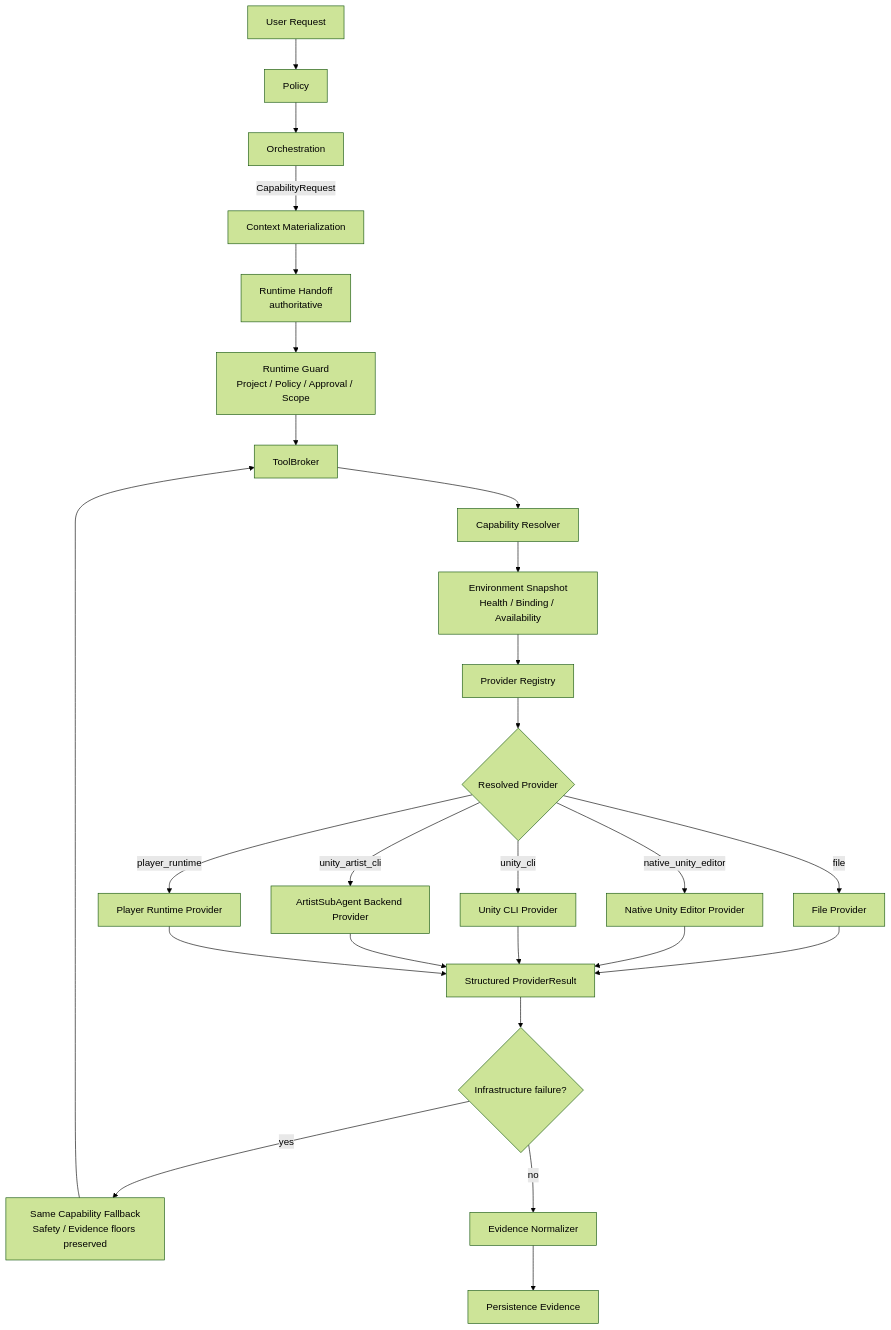
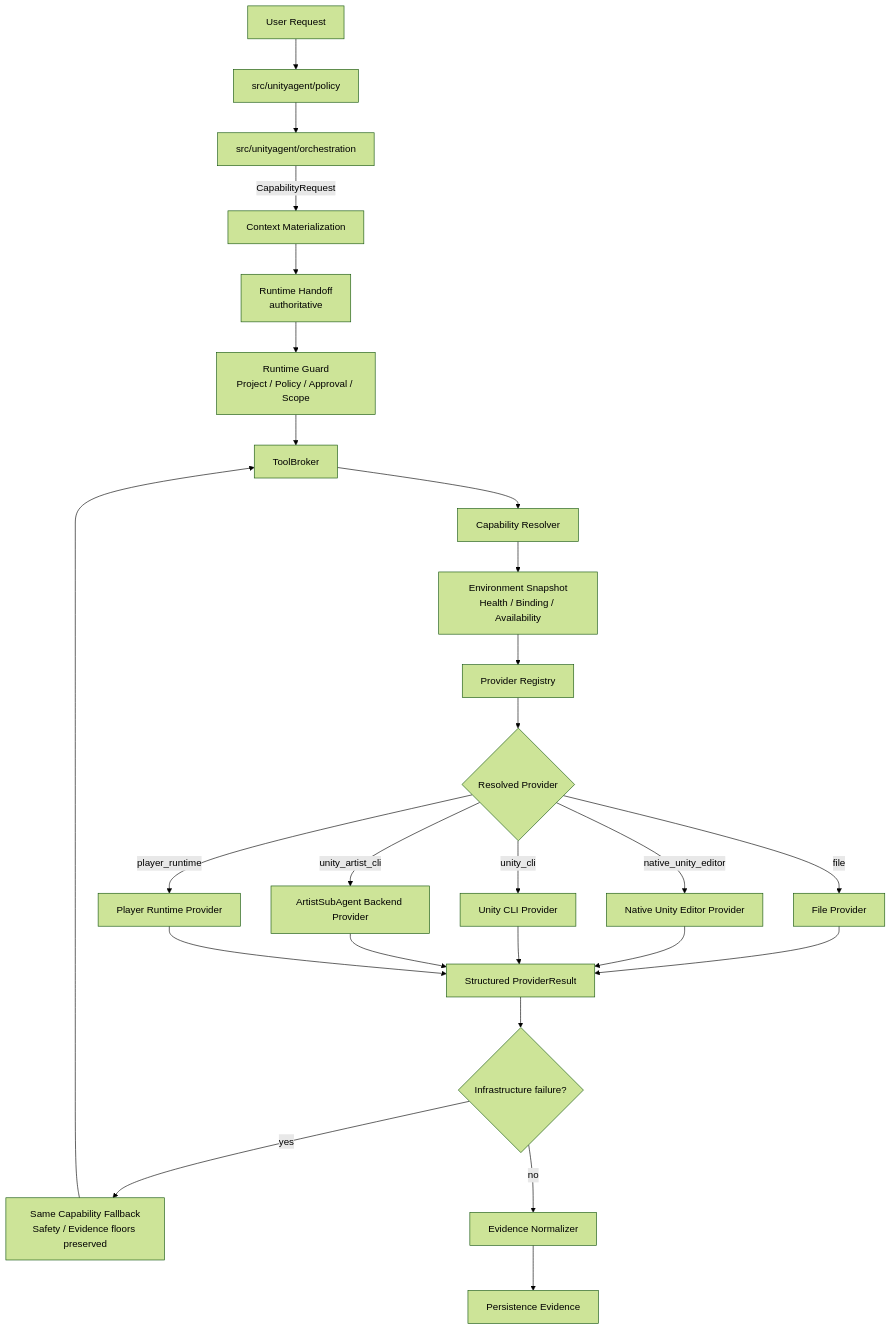
Before and after one commit to DarumaPPAP/UnityAgent: the first of 6 diagrams in docs/architecture/production-tool-runtime.md, drawn with Mermaid (forest theme). The commit also changed other lines of this file and 1025 other files, not shown here.

````diff
--- a/docs/architecture/production-tool-runtime.md
+++ b/docs/architecture/production-tool-runtime.md
@@ -44,32 +44,32 @@
 ```mermaid
 flowchart TD
-    U[User Request] --> P[Policy]
-    P --> O[Orchestration]
+    U[User Request] --> P[src/unityagent/policy]
+    P --> O[src/unityagent/orchestration]
     O -->|CapabilityRequest| C[Context Materialization]
     C --> H[Runtime Handoff<br/>authoritative]
 
     H --> G[Runtime Guard<br/>Project / Policy / Approval / Scope]
     G --> B[ToolBroker]
     B --> R[Capability Resolver]
     R --> E[Environment Snapshot<br/>Health / Binding / Availability]
     E --> PR[Provider Registry]
 
     PR --> D{Resolved Provider}
     D -->|file| PF[File Provider]
     D -->|native_unity_editor| PN[Native Unity Editor Provider]
     D -->|unity_cli| PC[Unity CLI Provider]
     D -->|unity_artist_cli| PA[ArtistSubAgent Backend Provider]
     D -->|player_runtime| PP[Player Runtime Provider]
 
     PF --> X[Structured ProviderResult]
     PN --> X
     PC --> X
     PA --> X
     PP --> X
 
     X --> F{Infrastructure failure?}
     F -->|yes| FB[Same Capability Fallback<br/>Safety / Evidence floors preserved]
     FB --> B
     F -->|no| N[Evidence Normalizer]
     N --> PE[Persistence Evidence]
 ```
````
